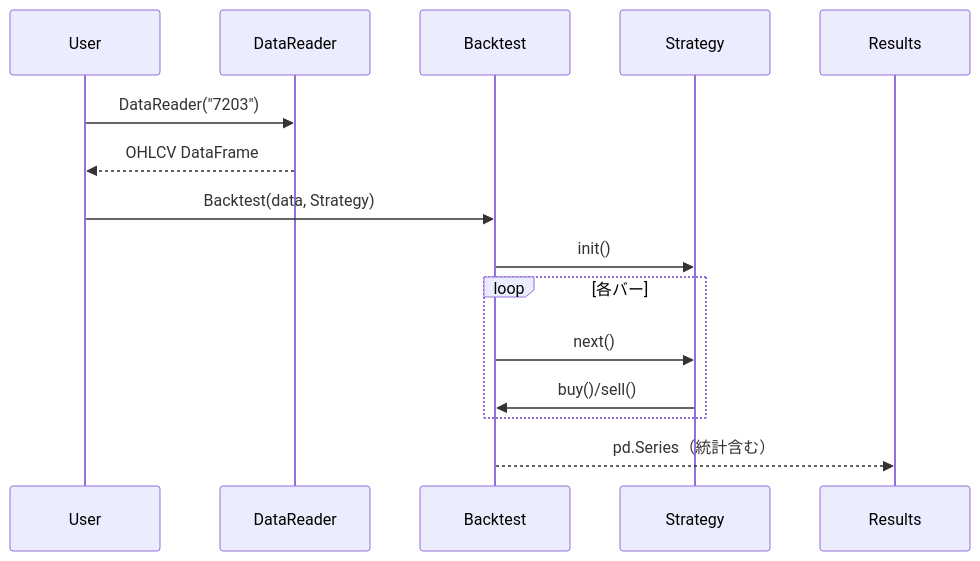
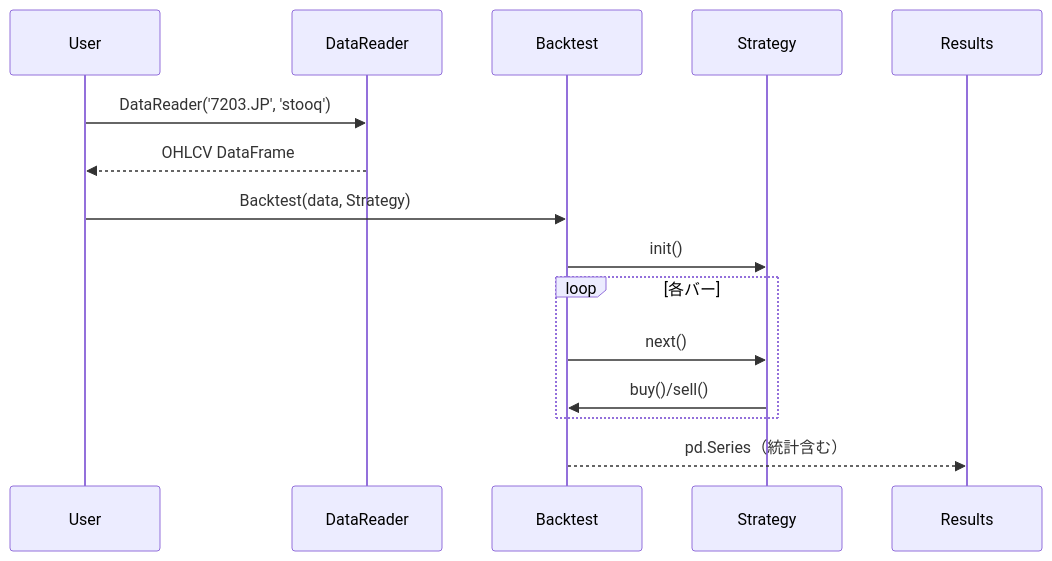
Before and after one commit to BackcastPro/BackcastPro: the diagram in docs/tutorial.md, drawn with Mermaid. The commit also changed other lines of this file and 11 other files, not shown here.

````diff
--- a/docs/tutorial.md
+++ b/docs/tutorial.md
@@ -23,17 +23,17 @@
 ```mermaid
 sequenceDiagram
     participant U as User
     participant D as DataReader
     participant B as Backtest
     participant S as Strategy
     participant R as Results
-    U->>D: DataReader("7203")
+    U->>D: DataReader('7203.JP', 'stooq')
     D-->>U: OHLCV DataFrame
     U->>B: Backtest(data, Strategy)
     B->>S: init()
     loop 各バー
         B->>S: next()
         S->>B: buy()/sell()
     end
     B-->>R: pd.Series（統計含む）
 ```
````
